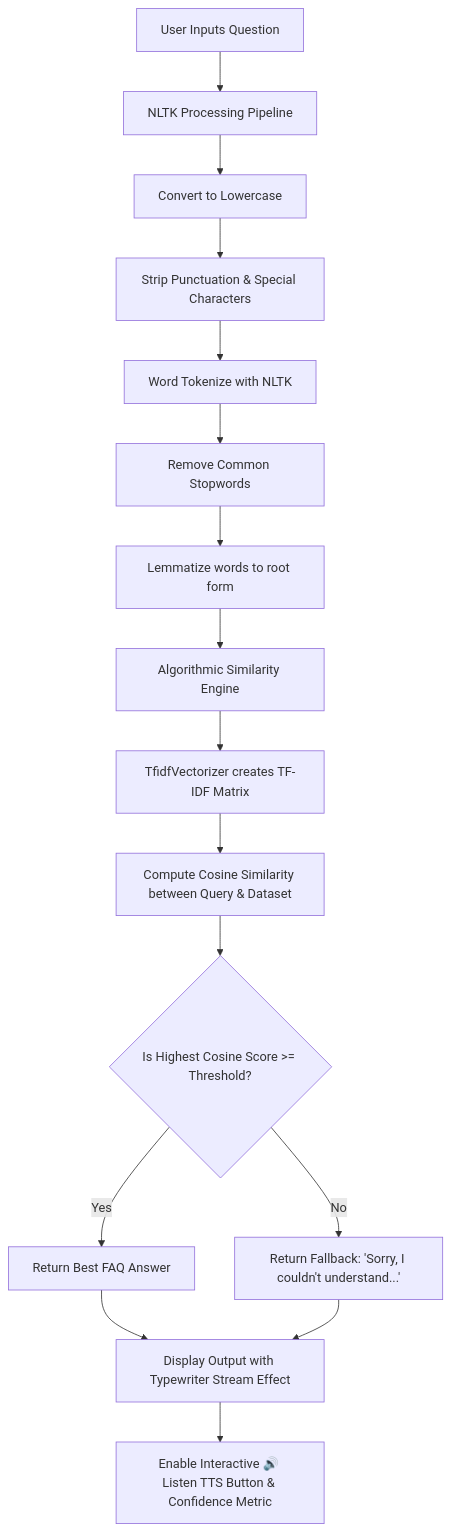
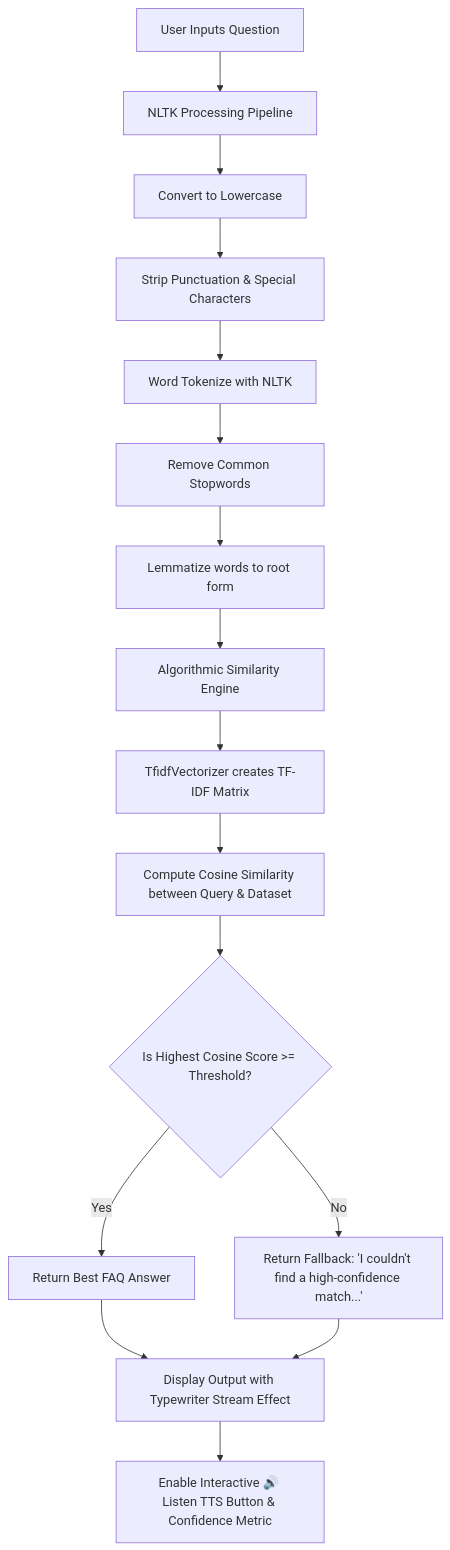
Before and after one commit to vaishnavigoriparti-spec/CodeAlpha_Chatbot-for-FAQs: the diagram in README.md, drawn with Mermaid. The commit also changed other lines of this file and 2 other files, not shown here.

````diff
--- a/README.md
+++ b/README.md
@@ -58,22 +53,22 @@
 ```mermaid
 graph TD
     A[User Inputs Question] --> B[NLTK Processing Pipeline]
     B --> B1[Convert to Lowercase]
     B1 --> B2[Strip Punctuation & Special Characters]
     B2 --> B3[Word Tokenize with NLTK]
     B3 --> B4[Remove Common Stopwords]
     B4 --> B5[Lemmatize words to root form]
     
     B5 --> C[Algorithmic Similarity Engine]
     C --> C1[TfidfVectorizer creates TF-IDF Matrix]
     C1 --> C2[Compute Cosine Similarity between Query & Dataset]
     
     C2 --> D{Is Highest Cosine Score >= Threshold?}
     
     D -- Yes --> E[Return Best FAQ Answer]
-    D -- No --> F[Return Fallback: 'Sorry, I couldn't understand...']
+    D -- No --> F[Return Fallback: 'I couldn't find a high-confidence match...']
     
     E --> G[Display Output with Typewriter Stream Effect]
     F --> G
     G --> H[Enable Interactive 🔊 Listen TTS Button & Confidence Metric]
 ```
````
